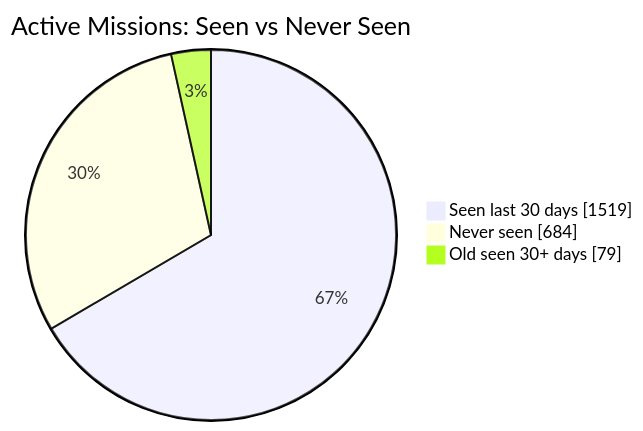
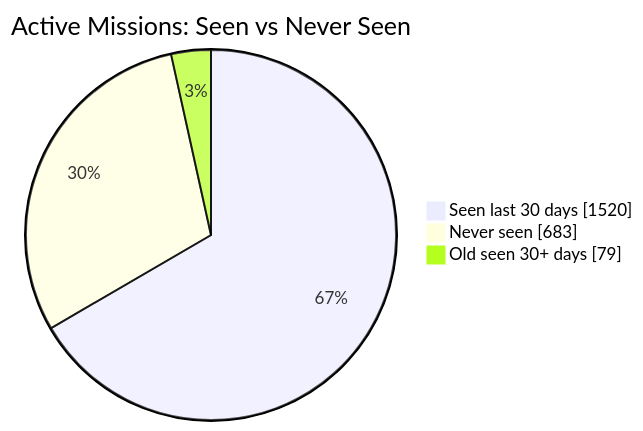
The first of 2 diagrams in README.md (MeldkamerspelGameTeam/active-missions), drawn with Mermaid before and after one commit. The commit also changed other lines of this file and 2 other files, not shown here.

````diff
--- a/README.md
+++ b/README.md
@@ -34,7 +34,7 @@
 ```mermaid
 pie showData
     title Active Missions: Seen vs Never Seen
-    "Seen last 30 days" : 1519
-    "Never seen" : 684
+    "Seen last 30 days" : 1520
+    "Never seen" : 683
     "Old seen 30+ days" : 79
 ```
````
